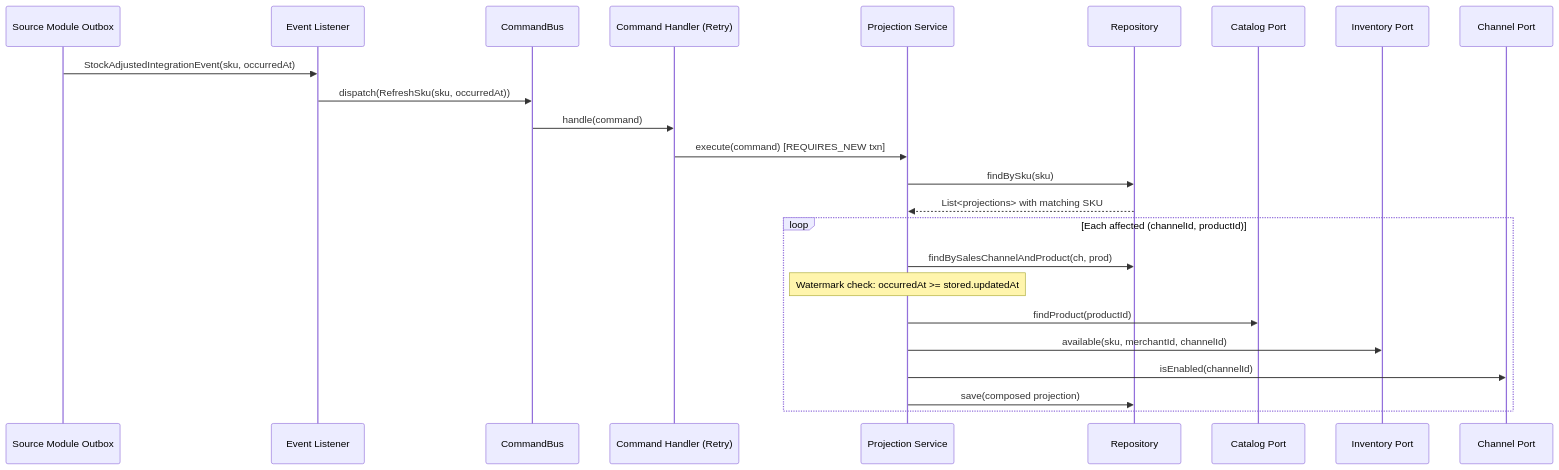
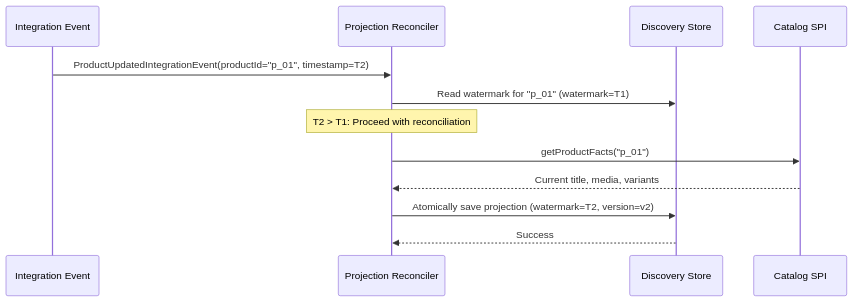
Before and after one commit to khinemyaezin/grab: the fourth of 4 diagrams in docs/spec/system/discovery-event-reconciliation-tech-spec.md, drawn with Mermaid. The commit also changed other lines of this file and 22 other files, not shown here.

````diff
--- a/docs/spec/system/discovery-event-reconciliation-tech-spec.md
+++ b/docs/spec/system/discovery-event-reconciliation-tech-spec.md
@@ -150,27 +96,15 @@
 ```mermaid
 sequenceDiagram
-    participant Outbox as Source Module Outbox
-    participant Listener as Event Listener
-    participant Bus as CommandBus
-    participant Handler as Command Handler (Retry)
-    participant Svc as Projection Service
-    participant Repo as Repository
-    participant Cat as Catalog Port
-    participant Inv as Inventory Port
-    participant SC as Channel Port
+    participant Outbox as Integration Event
+    participant Reconciler as Projection Reconciler
+    participant DB as Discovery Store
+    participant Catalog as Catalog SPI
 
-    Outbox->>Listener: StockAdjustedIntegrationEvent(sku, occurredAt)
-    Listener->>Bus: dispatch(RefreshSku(sku, occurredAt))
-    Bus->>Handler: handle(command)
-    Handler->>Svc: execute(command) [REQUIRES_NEW txn]
-    Svc->>Repo: findBySku(sku)
-    Repo-->>Svc: List<projections> with matching SKU
-    loop Each affected (channelId, productId)
-        Svc->>Repo: findBySalesChannelAndProduct(ch, prod)
-        Note over Svc: Watermark check: occurredAt >= stored.updatedAt
-        Svc->>Cat: findProduct(productId)
-        Svc->>Inv: available(sku, merchantId, channelId)
-        Svc->>SC: isEnabled(channelId)
-        Svc->>Repo: save(composed projection)
-    end
+    Outbox->>Reconciler: ProductUpdatedIntegrationEvent(productId="p_01", timestamp=T2)
+    Reconciler->>DB: Read watermark for "p_01" (watermark=T1)
+    Note over Reconciler: T2 > T1: Proceed with reconciliation
+    Reconciler->>Catalog: getProductFacts("p_01")
+    Catalog-->>Reconciler: Current title, media, variants
+    Reconciler->>DB: Atomically save projection (watermark=T2, version=v2)
+    DB-->>Reconciler: Success
 ```
````
